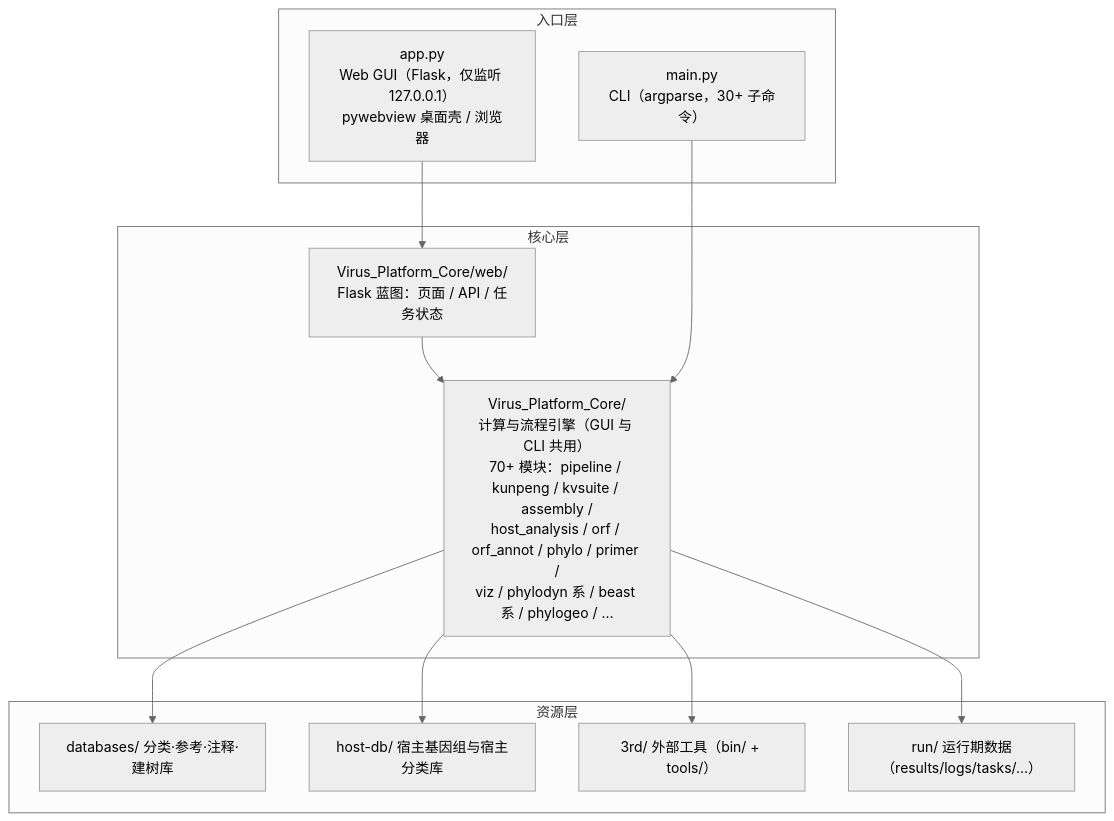
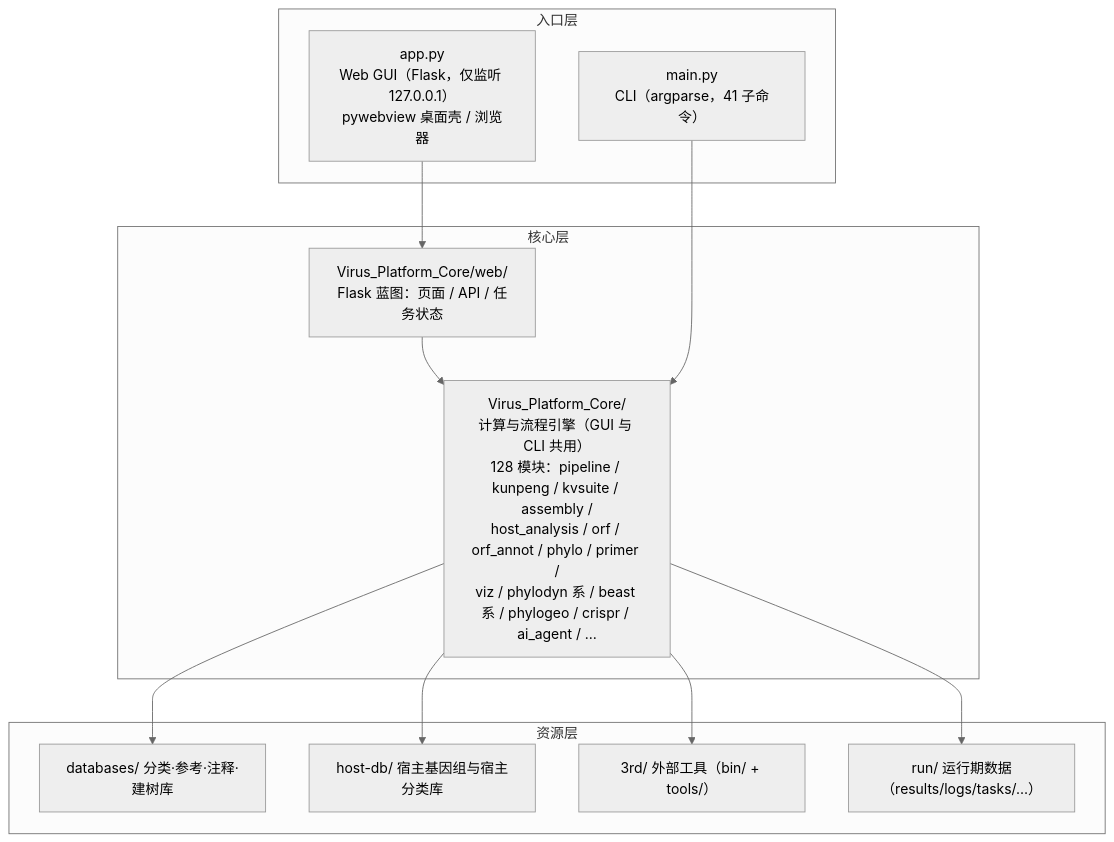
One commit to zhangwenda0518/PlantVirusPlatform changed the diagram in wiki/Architecture.md. Above: the diagram before and after it, drawn with Mermaid (neutral theme). The commit also changed other lines of this file and 725 other files, not shown here.

````diff
--- a/wiki/Architecture.md
+++ b/wiki/Architecture.md
@@ -9,20 +9,20 @@
 ```mermaid
 flowchart TB
     subgraph 入口层
         GUI["app.py<br/>Web GUI（Flask，仅监听 127.0.0.1）<br/>pywebview 桌面壳 / 浏览器"]
-        CLI["main.py<br/>CLI（argparse，30+ 子命令）"]
+        CLI["main.py<br/>CLI（argparse，41 子命令）"]
     end
     subgraph 核心层
-        CORE["Virus_Platform_Core/<br/>计算与流程引擎（GUI 与 CLI 共用）<br/>70+ 模块：pipeline / kunpeng / kvsuite / assembly /<br/>host_analysis / orf / orf_annot / phylo / primer /<br/>viz / phylodyn 系 / beast 系 / phylogeo / …"]
+        CORE["Virus_Platform_Core/<br/>计算与流程引擎（GUI 与 CLI 共用）<br/>128 模块：pipeline / kunpeng / kvsuite / assembly /<br/>host_analysis / orf / orf_annot / phylo / primer /<br/>viz / phylodyn 系 / beast 系 / phylogeo / crispr / ai_agent / …"]
         WEB["Virus_Platform_Core/web/<br/>Flask 蓝图：页面 / API / 任务状态"]
     end
     subgraph 资源层
         DB["databases/ 分类·参考·注释·建树库"]
         HOST["host-db/ 宿主基因组与宿主分类库"]
         TOOLS["3rd/ 外部工具（bin/ + tools/）"]
         RUN["run/ 运行期数据（results/logs/tasks/…）"]
     end
     GUI --> WEB --> CORE
     CLI --> CORE
     CORE --> DB & HOST & TOOLS & RUN
 ```
````
